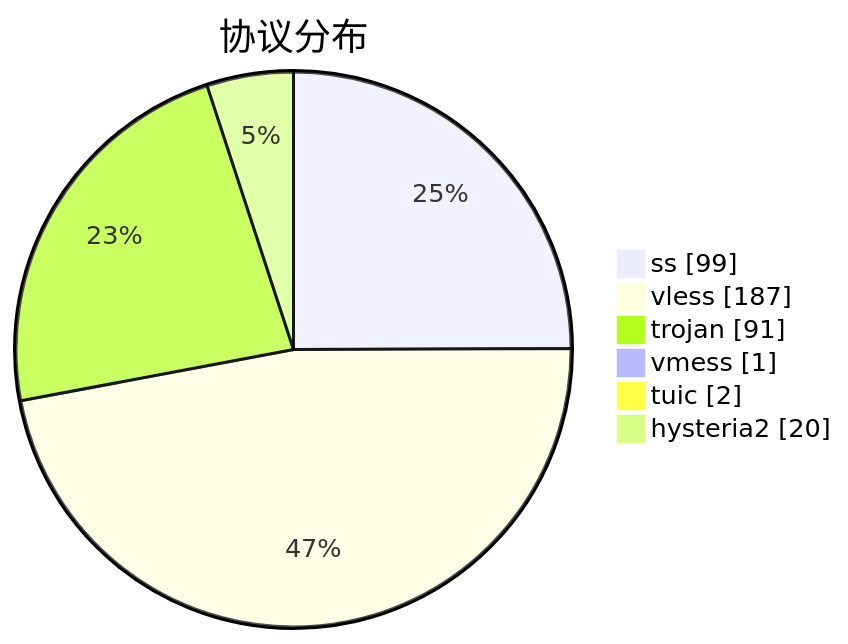
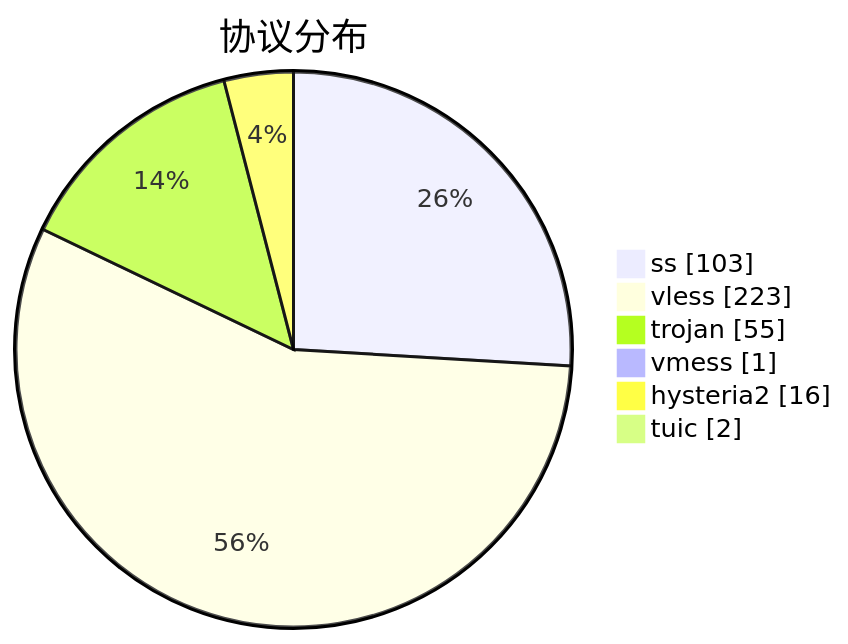
The third of 3 diagrams in subs/statistics/tested_within.md (qjlxg/airport), drawn with Mermaid before and after one commit. The commit also changed other lines of this file and 2 other files, not shown here.

````diff
--- a/subs/statistics/tested_within.md
+++ b/subs/statistics/tested_within.md
@@ -36,10 +34,10 @@
 ```mermaid
 pie showData
 title 协议分布
-"ss" : 99
-"vless" : 187
-"trojan" : 91
+"ss" : 103
+"vless" : 223
+"trojan" : 55
 "vmess" : 1
+"hysteria2" : 16
 "tuic" : 2
-"hysteria2" : 20
 ```
````
